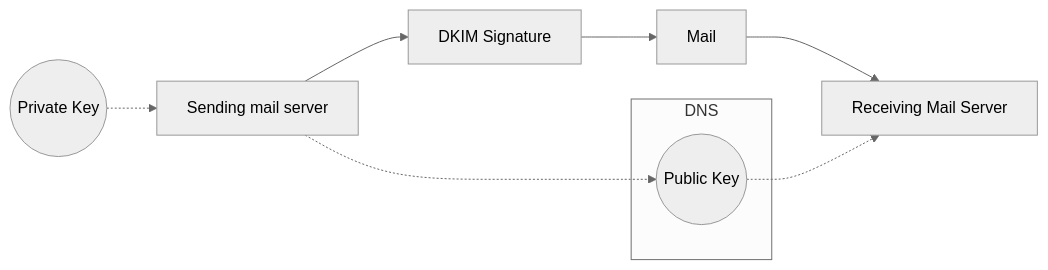
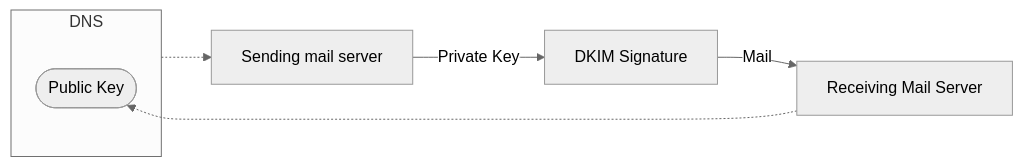
Before and after one commit to zk-007/AutiStudy-App: the first of 25 diagrams in frontend/books_mds/Grade 7/comp/comp_7.md, drawn with Mermaid (neutral theme). The commit also changed other lines of this file and 12 other files, not shown here.

````diff
--- a/frontend/books_mds/Grade 7/comp/comp_7.md
+++ b/frontend/books_mds/Grade 7/comp/comp_7.md
@@ -1883,19 +1750,11 @@
 ```mermaid
 graph LR
     subgraph DNS_Cloud [DNS]
-        Public_Key((Public Key))
+        Public_Key([Public Key])
     end
-
-    Sending_Server[Sending mail server]
-    Private_Key((Private Key))
-    DKIM_Sig[DKIM Signature]
-    Mail[Mail]
-    Receiving_Server[Receiving Mail Server]
-
-    Private_Key -.-> Sending_Server
-    Sending_Server --> DKIM_Sig
-    DKIM_Sig --> Mail
-    Mail --> Receiving_Server
-    Public_Key -.-> Receiving_Server
-    Sending_Server -.-> Public_Key
+    
+    Sending_Server[Sending mail server] -- "Private Key" --> DKIM_Sig[DKIM Signature]
+    DKIM_Sig -- Mail --> Receiving_Server[Receiving Mail Server]
+    Receiving_Server -.-> Public_Key
+    DNS_Cloud -.-> Sending_Server
 ```
````
